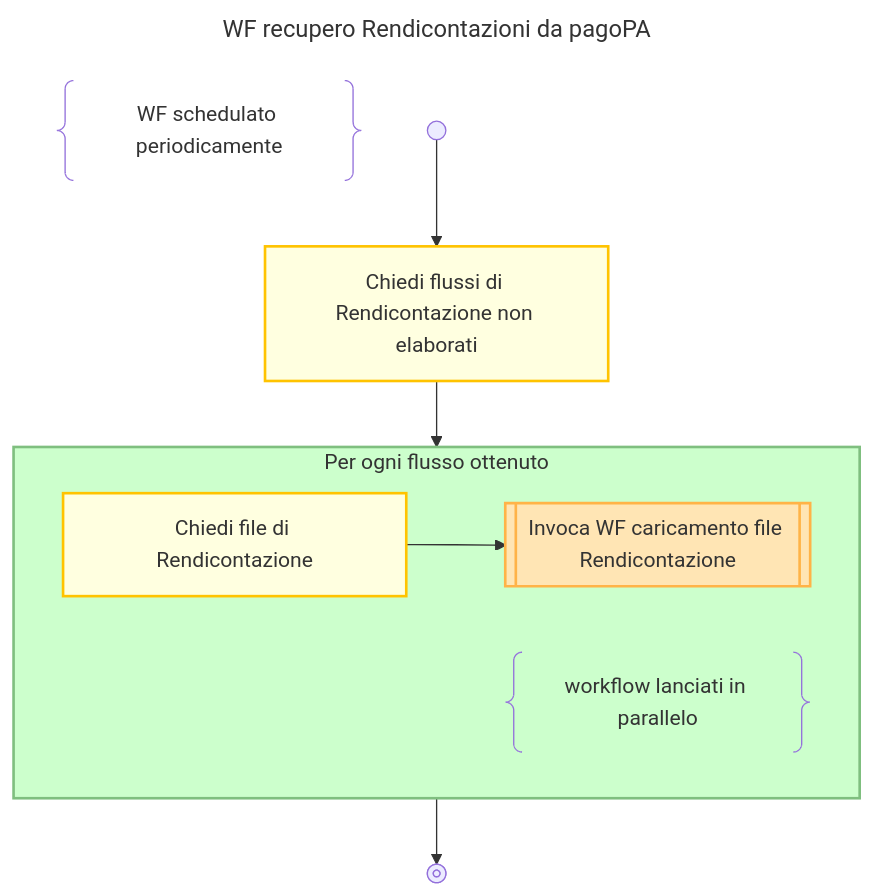
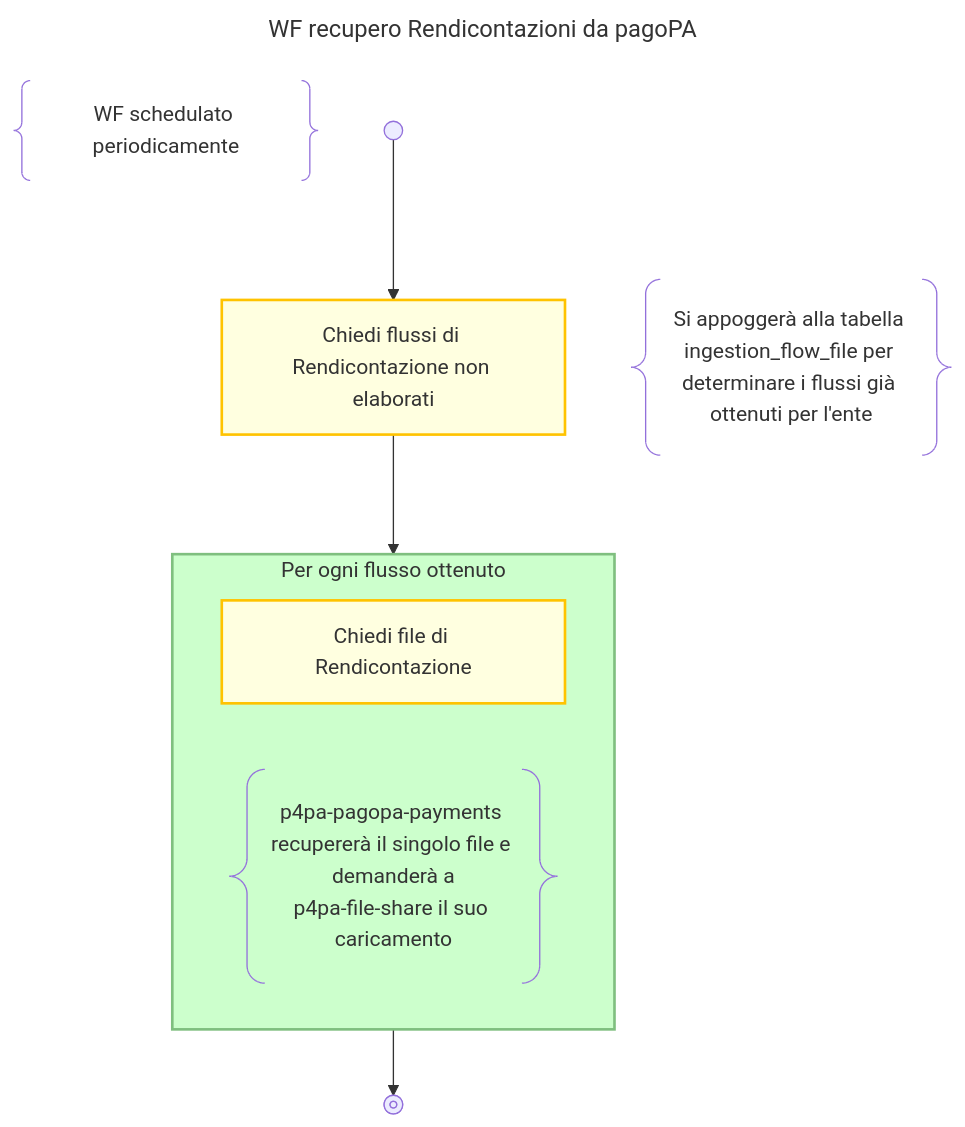
One commit to pagopa/p4pa-doc changed the diagram in design/workflow/classificazioneIncassi/03.rendicontazione-fetch.mmd. Above: the diagram before and after it, drawn with Mermaid. The commit also changed 7 other files, not shown here.

Commit message:
update payments reporting fetch to use file share

```diff
--- a/design/workflow/classificazioneIncassi/03.rendicontazione-fetch.mmd
+++ b/design/workflow/classificazioneIncassi/03.rendicontazione-fetch.mmd
@@ -1,22 +1,28 @@
 ---
 title: WF recupero Rendicontazioni da pagoPA
 ---
 flowchart TD
     DESCRIPTION@{ shape: braces, label: "WF schedulato periodicamente" }
 
-    START@{shape: start} --> FETCH_LIST:::activity@{label: "Chiedi flussi di Rendicontazione non elaborati"}
+    START@{shape: start} -->
+    FETCH_LIST:::activity@{label: "Chiedi flussi di Rendicontazione non elaborati"} -->
+    LOOP
 
-    FETCH_LIST --> LOOP
+    subgraph FETCH_LIST_NOTE_BLOCK
+        FETCH_LIST
+        FETCH_FILE_NOTE@{shape: braces, label: "Si appoggerà alla tabella ingestion_flow_file per determinare i flussi già ottenuti per l'ente"}
+    end
+    class FETCH_LIST_NOTE_BLOCK disable
 
     subgraph LOOP["Per ogni flusso ottenuto"]
-        FETCH_FILE:::activity@{label: "Chiedi file di Rendicontazione"} --> INVOKE_WF:::child-workflow@{shape: subproc, label: "Invoca WF caricamento file Rendicontazione"}
+        FETCH_FILE:::activity@{label: "Chiedi file di Rendicontazione"}
 
-        NOTE@{ shape: braces, label: "workflow lanciati in parallelo" }
+        NOTE@{ shape: braces, label: "p4pa-pagopa-payments recupererà il singolo file e demanderà a<BR />p4pa-file-share il suo caricamento" }
     end
 
     LOOP --> END@{shape: stop}
     class LOOP loop
 
+    classDef disable display:none;
     classDef activity fill:#FFFFE0, stroke:#ffc300, stroke-width:2px;
     classDef loop fill:#CCFFCC, stroke:#7FBF7F, stroke-width:2px, padding-bottom: 5px;
-    classDef child-workflow fill:#FFE5B4, stroke:#FFB347, stroke-width:2px
```
